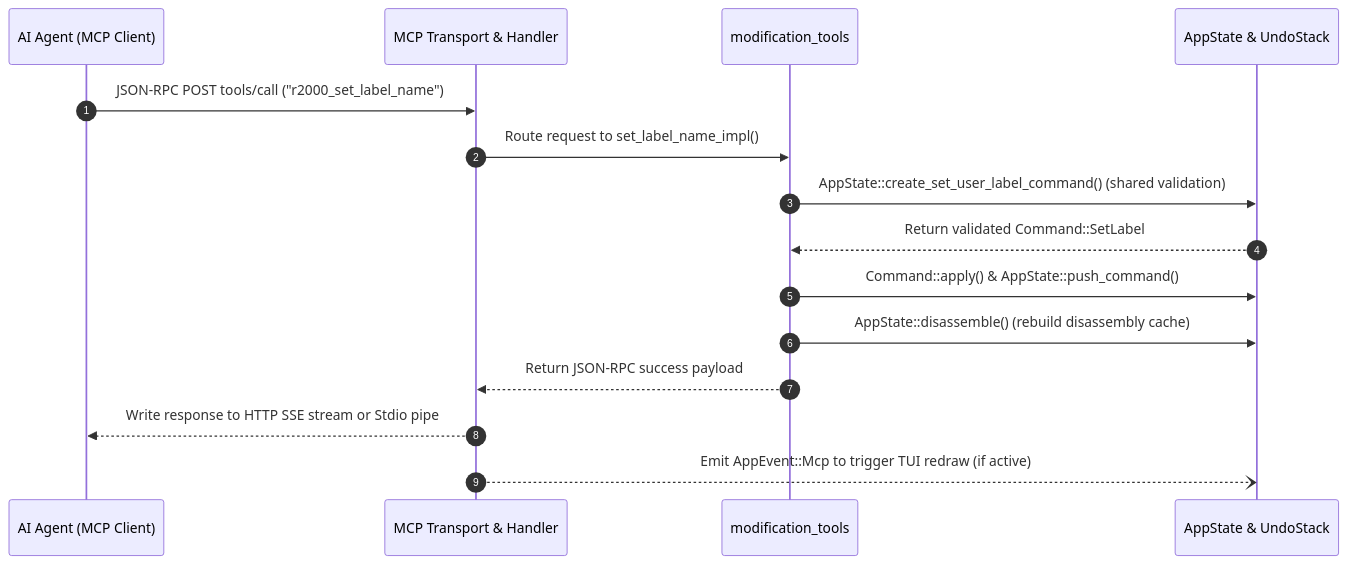
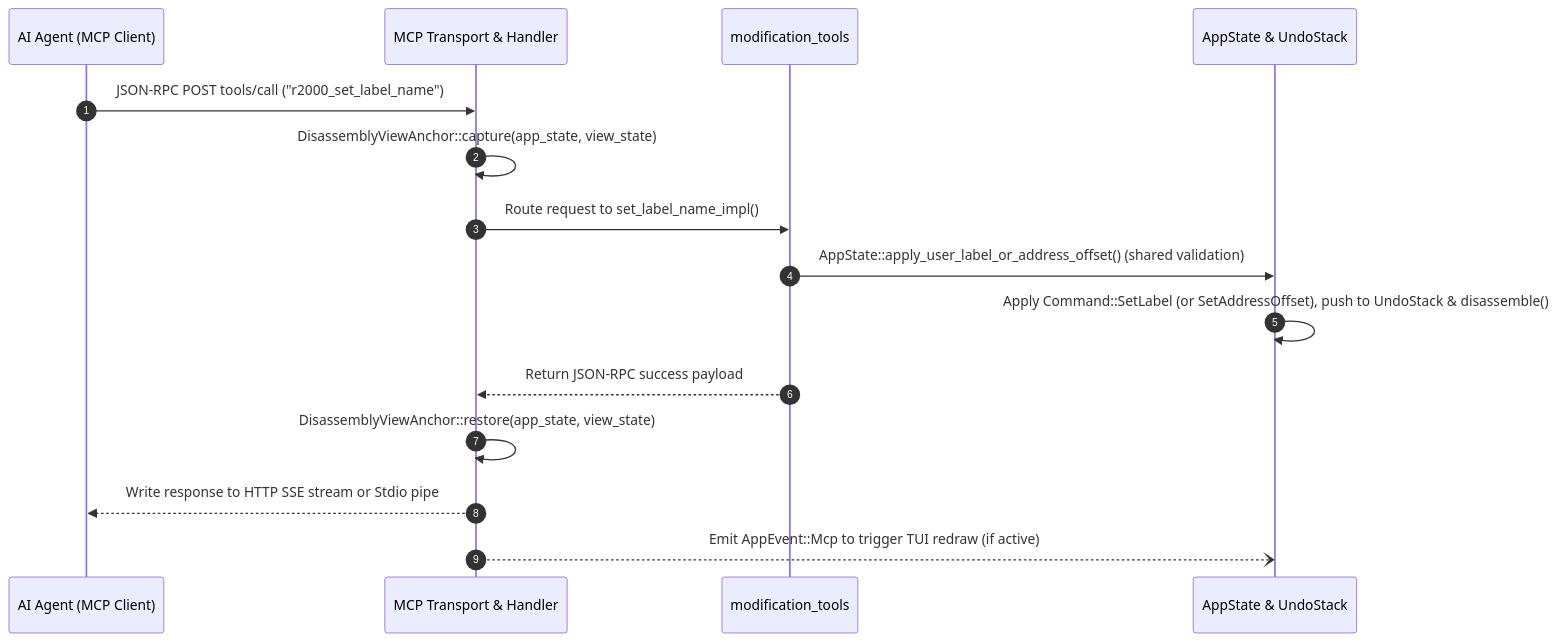
Before and after one commit to ricardoquesada/regenerator2000: the ninth of 11 diagrams in docs/architecture.md, drawn with Mermaid. The commit also changed other lines of this file and 49 other files, not shown here.

First line of the commit message:
Add two-tier symbolic offset expressions across core, TUI, and MCP

````diff
--- a/docs/architecture.md
+++ b/docs/architecture.md
@@ -584,18 +592,18 @@
 ```mermaid
 sequenceDiagram
     autonumber
     participant Agent as AI Agent (MCP Client)
     participant MCP as MCP Transport & Handler
     participant Tool as modification_tools
     participant State as AppState & UndoStack
 
     Agent->>MCP: JSON-RPC POST tools/call ("r2000_set_label_name")
+    MCP->>MCP: DisassemblyViewAnchor::capture(app_state, view_state)
     MCP->>Tool: Route request to set_label_name_impl()
-    Tool->>State: AppState::create_set_user_label_command() (shared validation)
-    State-->>Tool: Return validated Command::SetLabel
-    Tool->>State: Command::apply() & AppState::push_command()
-    Tool->>State: AppState::disassemble() (rebuild disassembly cache)
+    Tool->>State: AppState::apply_user_label_or_address_offset() (shared validation)
+    State->>State: Apply Command::SetLabel (or SetAddressOffset), push to UndoStack & disassemble()
     Tool-->>MCP: Return JSON-RPC success payload
+    MCP->>MCP: DisassemblyViewAnchor::restore(app_state, view_state)
     MCP-->>Agent: Write response to HTTP SSE stream or Stdio pipe
     MCP--)State: Emit AppEvent::Mcp to trigger TUI redraw (if active)
 ```
````
